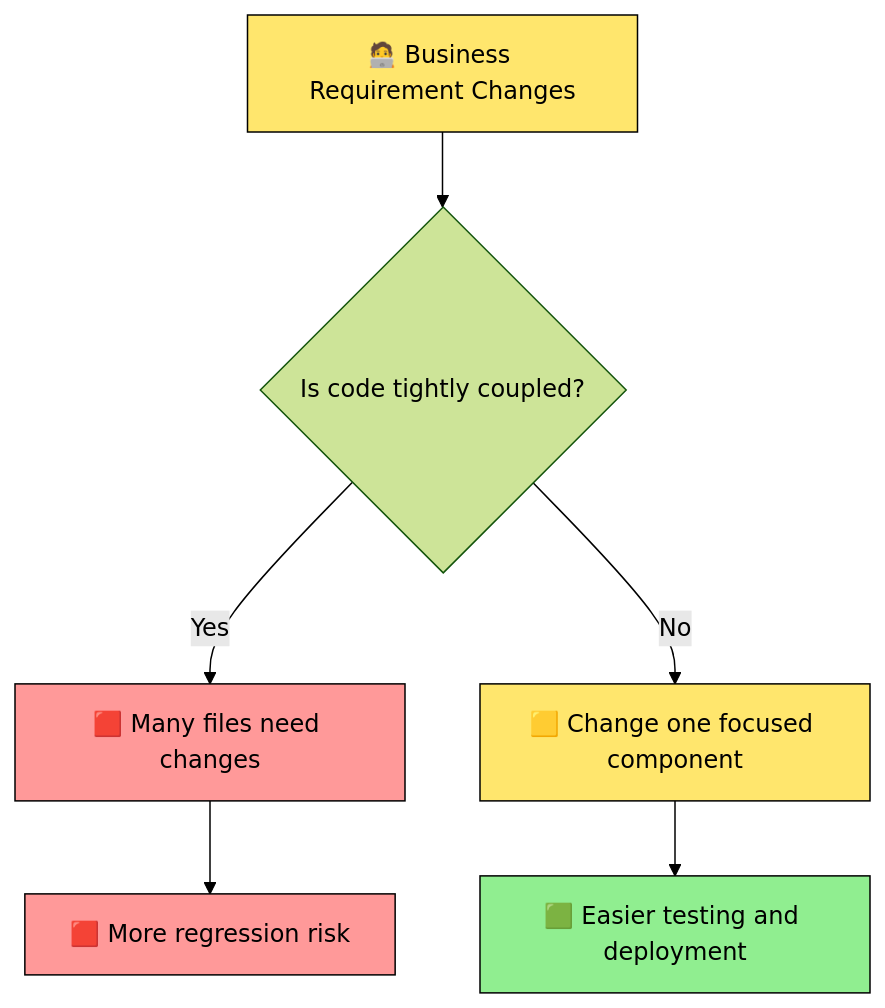
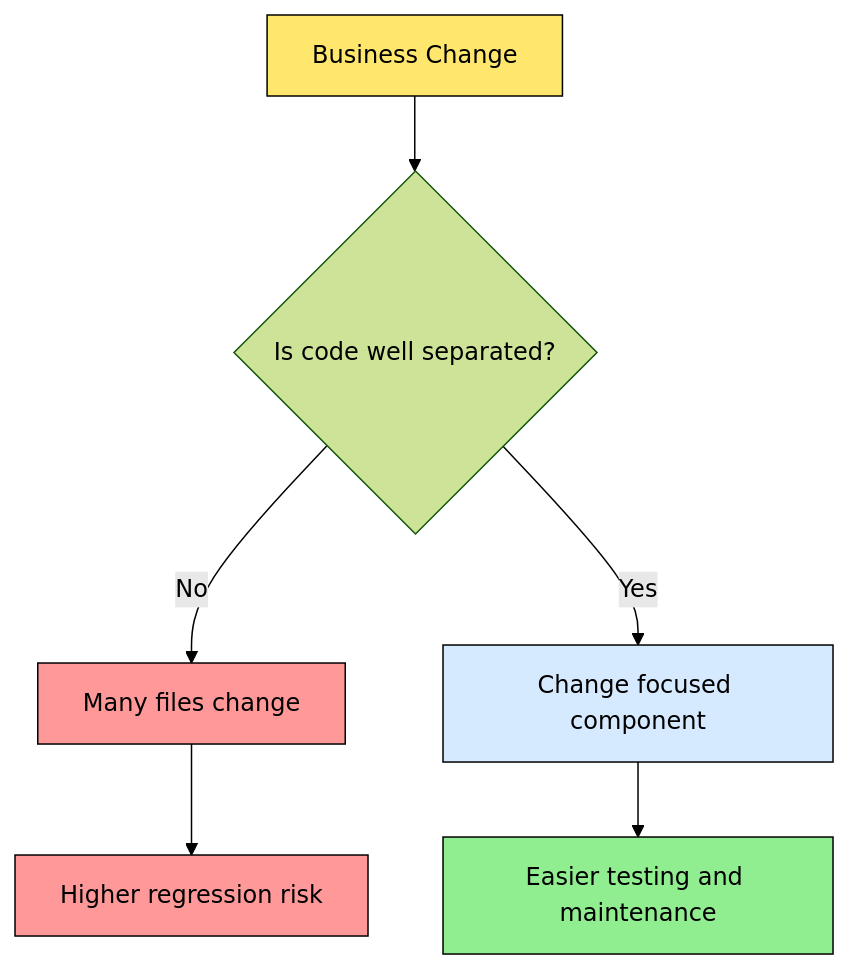
One commit to azam123/Engineering-Interview-Prep changed the first of 8 diagrams in 02-SOLID-Principles.md. Above: the diagram before and after it, drawn with Mermaid (forest theme). The commit also changed other lines of this file, not shown here.

Commit message:
Rewrite SOLID guide with definitions, simple explanations, examples, diagrams, and scenario-based answers

````diff
--- a/02-SOLID-Principles.md
+++ b/02-SOLID-Principles.md
@@ -11,13 +21,13 @@
 ```mermaid
 flowchart TD
-    A[🧑‍💻 Business Requirement Changes] --> B{Is code tightly coupled?}
-    B -- Yes --> C[🟥 Many files need changes]
-    C --> D[🟥 More regression risk]
-    B -- No --> E[🟨 Change one focused component]
-    E --> F[🟩 Easier testing and deployment]
+    A[Business Change] --> B{Is code well separated?}
+    B -- No --> C[Many files change]
+    C --> D[Higher regression risk]
+    B -- Yes --> E[Change focused component]
+    E --> F[Easier testing and maintenance]
     style A fill:#ffe66d,color:#000,stroke:#000
     style C fill:#ff9999,color:#000,stroke:#000
     style D fill:#ff9999,color:#000,stroke:#000
-    style E fill:#ffe66d,color:#000,stroke:#000
+    style E fill:#d6eaff,color:#000,stroke:#000
     style F fill:#90ee90,color:#000,stroke:#000
 ```
````
